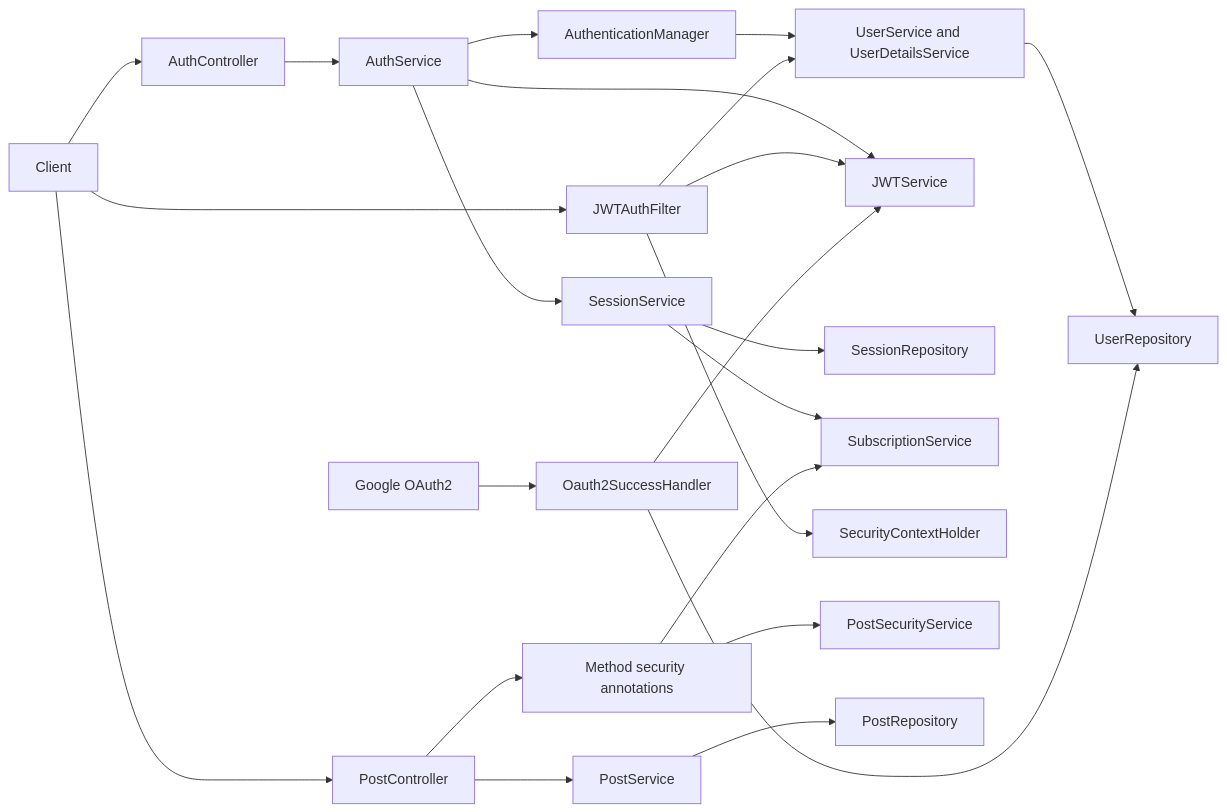
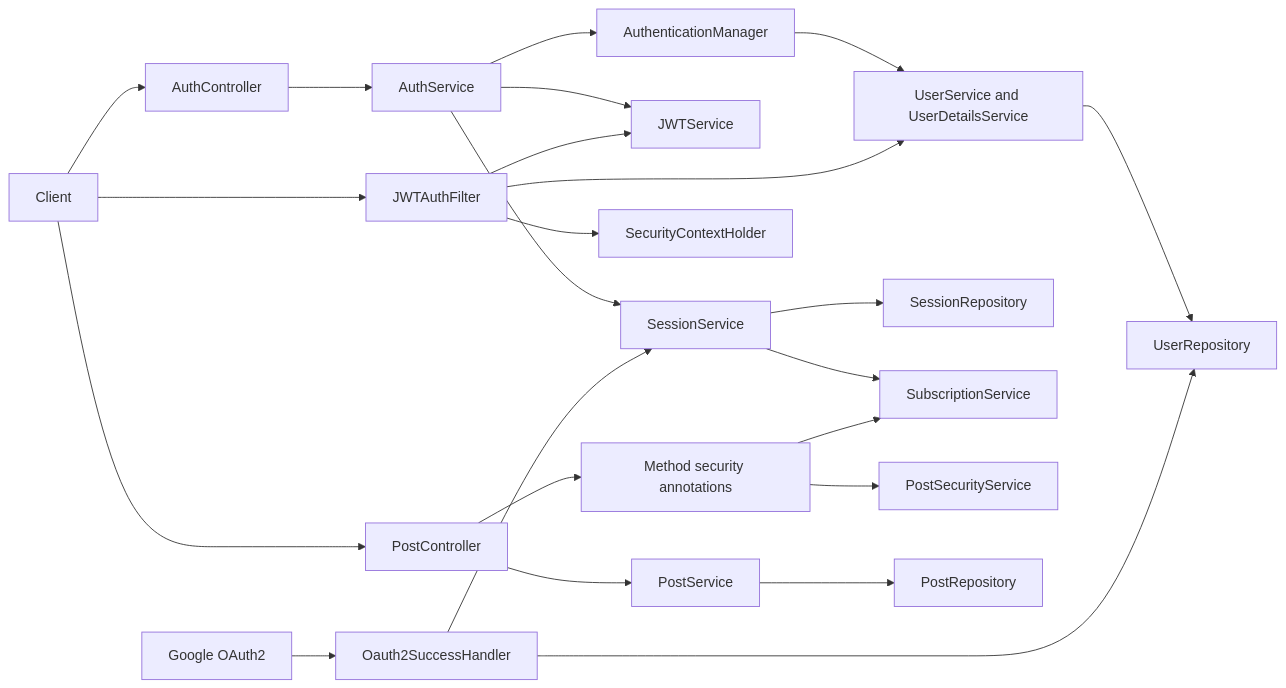
The ninth of 11 diagrams in M5_Spring_Security_Demo/README.md (shubhgaur37/SpringBoot), drawn with Mermaid before and after one commit. The commit also changed other lines of this file, not shown here.

Commit message:
Updated Readme with Session Based Oauth Flow

````diff
--- a/M5_Spring_Security_Demo/README.md
+++ b/M5_Spring_Security_Demo/README.md
@@ -532,29 +535,29 @@
 ```mermaid
 flowchart LR
     Client["Client"] --> AuthController["AuthController"]
     Client --> PostController["PostController"]
 
     AuthController --> AuthService["AuthService"]
     AuthService --> AuthenticationManager["AuthenticationManager"]
     AuthenticationManager --> UserService["UserService and UserDetailsService"]
     UserService --> UserRepository["UserRepository"]
     AuthService --> JWTService["JWTService"]
     AuthService --> SessionService["SessionService"]
     SessionService --> SessionRepository["SessionRepository"]
     SessionService --> SubscriptionService["SubscriptionService"]
 
     Client --> JWTAuthFilter["JWTAuthFilter"]
     JWTAuthFilter --> JWTService
     JWTAuthFilter --> UserService
     JWTAuthFilter --> SecurityContext["SecurityContextHolder"]
 
     PostController --> MethodSecurity["Method security annotations"]
     MethodSecurity --> PostSecurityService["PostSecurityService"]
     MethodSecurity --> SubscriptionService
     PostController --> PostService["PostService"]
     PostService --> PostRepository["PostRepository"]
 
     OAuthProvider["Google OAuth2"] --> Oauth2SuccessHandler["Oauth2SuccessHandler"]
     Oauth2SuccessHandler --> UserRepository
-    Oauth2SuccessHandler --> JWTService
+    Oauth2SuccessHandler --> SessionService
 ```
````
